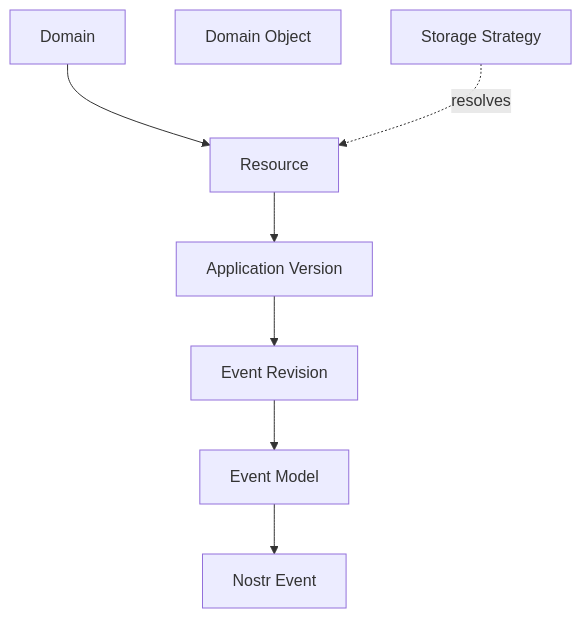
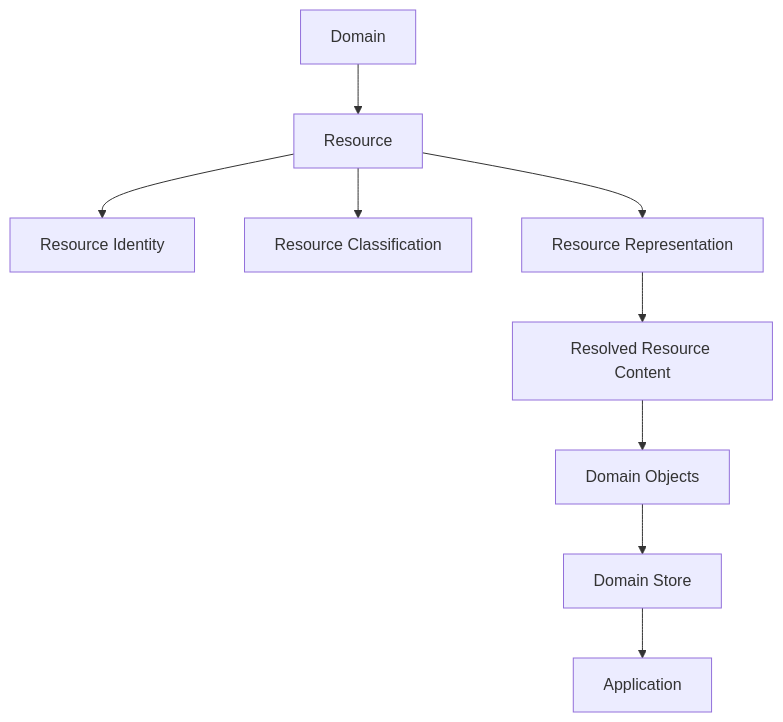
Before and after one commit to kjvonly/kjvonly.bible: the first of 13 diagrams in docs/decisions/0002-domain-resource-model.md, drawn with Mermaid. The commit also changed other lines of this file, not shown here.

````diff
--- a/docs/decisions/0002-domain-resource-model.md
+++ b/docs/decisions/0002-domain-resource-model.md
@@ -74,21 +62,18 @@
 ```mermaid
 flowchart TD
 
-    D["Domain"]
-    R["Resource"]
-    AV["Application Version"]
-    ER["Event Revision"]
-    DO["Domain Object"]
-    EM["Event Model"]
-    NE["Nostr Event"]
+    DOMAIN["Domain"]
 
-    D --> R
-    R --> AV
-    AV --> ER
-    ER --> EM
-    EM --> NE
+    DOMAIN --> RESOURCE["Resource"]
 
-    SS["Storage Strategy"]
+    RESOURCE --> IDENTITY["Resource Identity"]
+    RESOURCE --> CLASSIFICATION["Resource Classification"]
+    RESOURCE --> REPRESENTATION["Resource Representation"]
 
-    SS -. resolves .-> R
+    REPRESENTATION --> RESOLVED["Resolved Resource Content"]
+
+    RESOLVED --> OBJECTS["Domain Objects"]
+
+    OBJECTS --> STORE["Domain Store"]
+    STORE --> APPLICATION["Application"]
 ```
````
